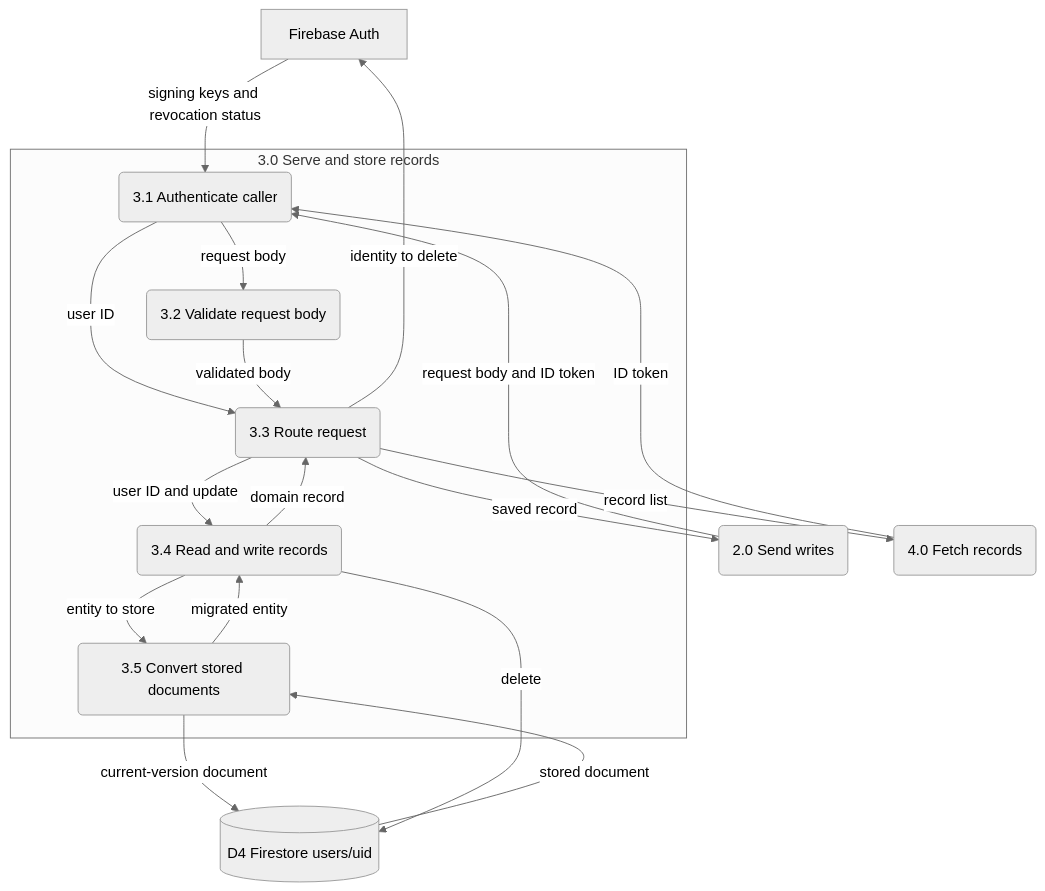
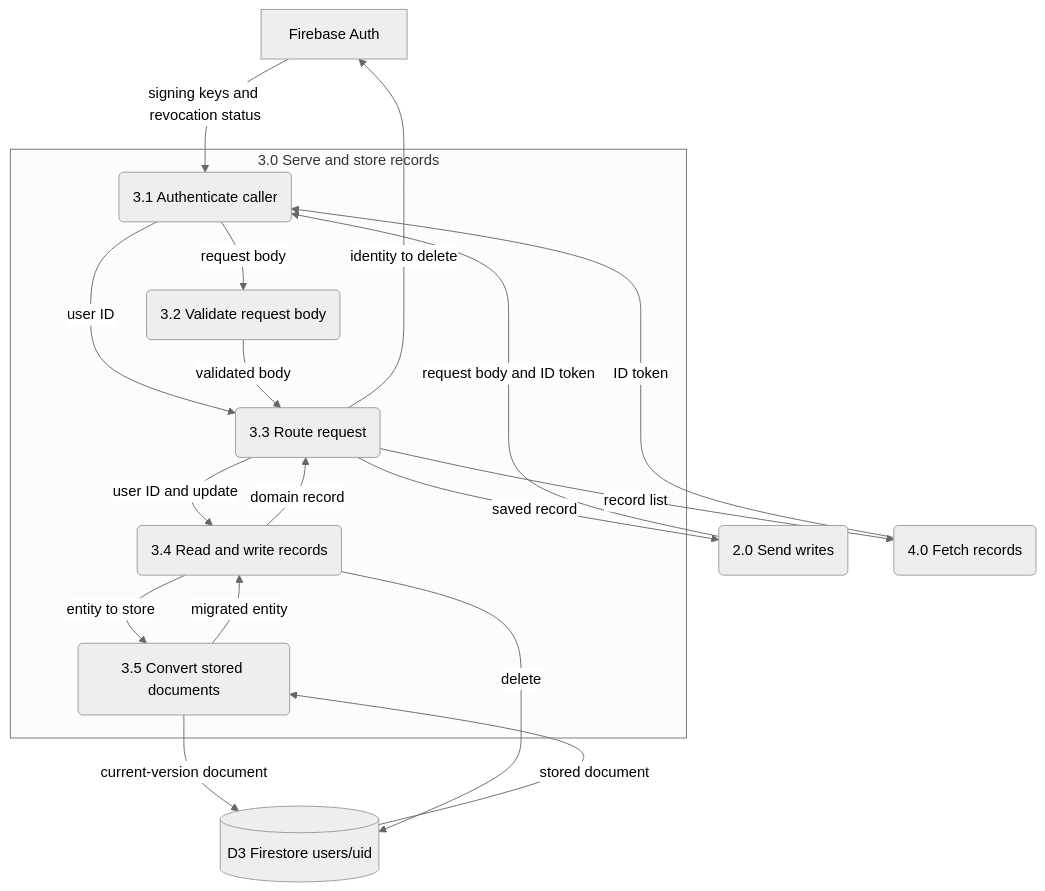
One commit to dungeon-studio/genshin.dungeon.studio changed the third of 3 diagrams in docs/reference/data-flow-layers.md. Above: the diagram before and after it, drawn with Mermaid (neutral theme). The commit also changed other lines of this file and 32 other files, not shown here.

````diff
--- a/docs/reference/data-flow-layers.md
+++ b/docs/reference/data-flow-layers.md
@@ -268,32 +251,32 @@
 ```mermaid
 flowchart TB
   firebaseAuth[Firebase Auth]
   send(2.0 Send writes)
   fetch(4.0 Fetch records)
-  firestore[(D4 Firestore users/uid)]
+  firestore[(D3 Firestore users/uid)]
 
   subgraph serve[3.0 Serve and store records]
     authenticate(3.1 Authenticate caller)
     validateBody(3.2 Validate request body)
     route(3.3 Route request)
     repository(3.4 Read and write records)
     convert(3.5 Convert stored documents)
   end
 
   send -->|request body and ID token| authenticate
   fetch -->|ID token| authenticate
   firebaseAuth -->|signing keys and revocation status| authenticate
   authenticate -->|user ID| route
   authenticate -->|request body| validateBody
   validateBody -->|validated body| route
   route -->|user ID and update| repository
   repository -->|domain record| route
   repository -->|entity to store| convert
   firestore -->|stored document| convert
   convert -->|migrated entity| repository
   convert -->|current-version document| firestore
   repository -->|delete| firestore
   route -->|saved record| send
   route -->|record list| fetch
   route -->|identity to delete| firebaseAuth
 ```
````
